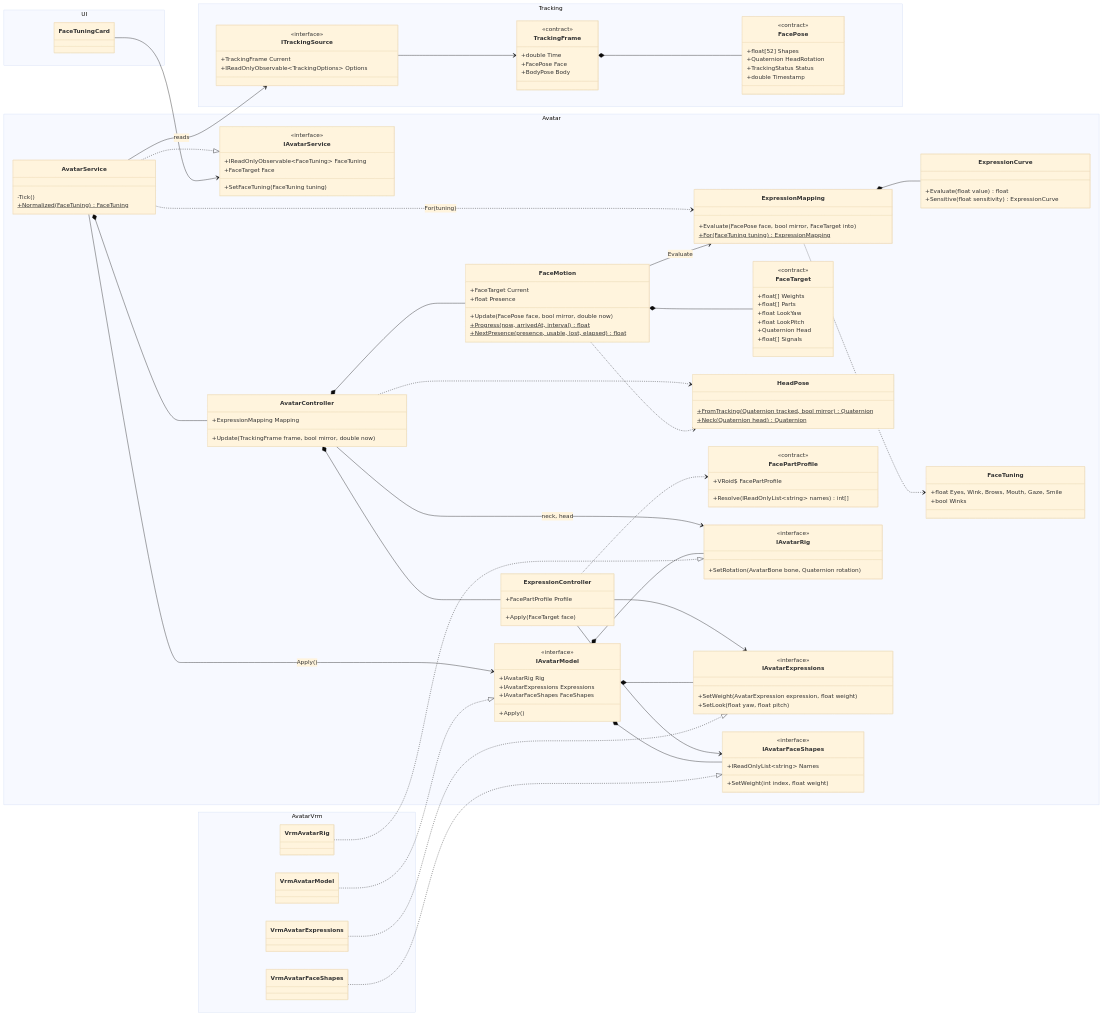
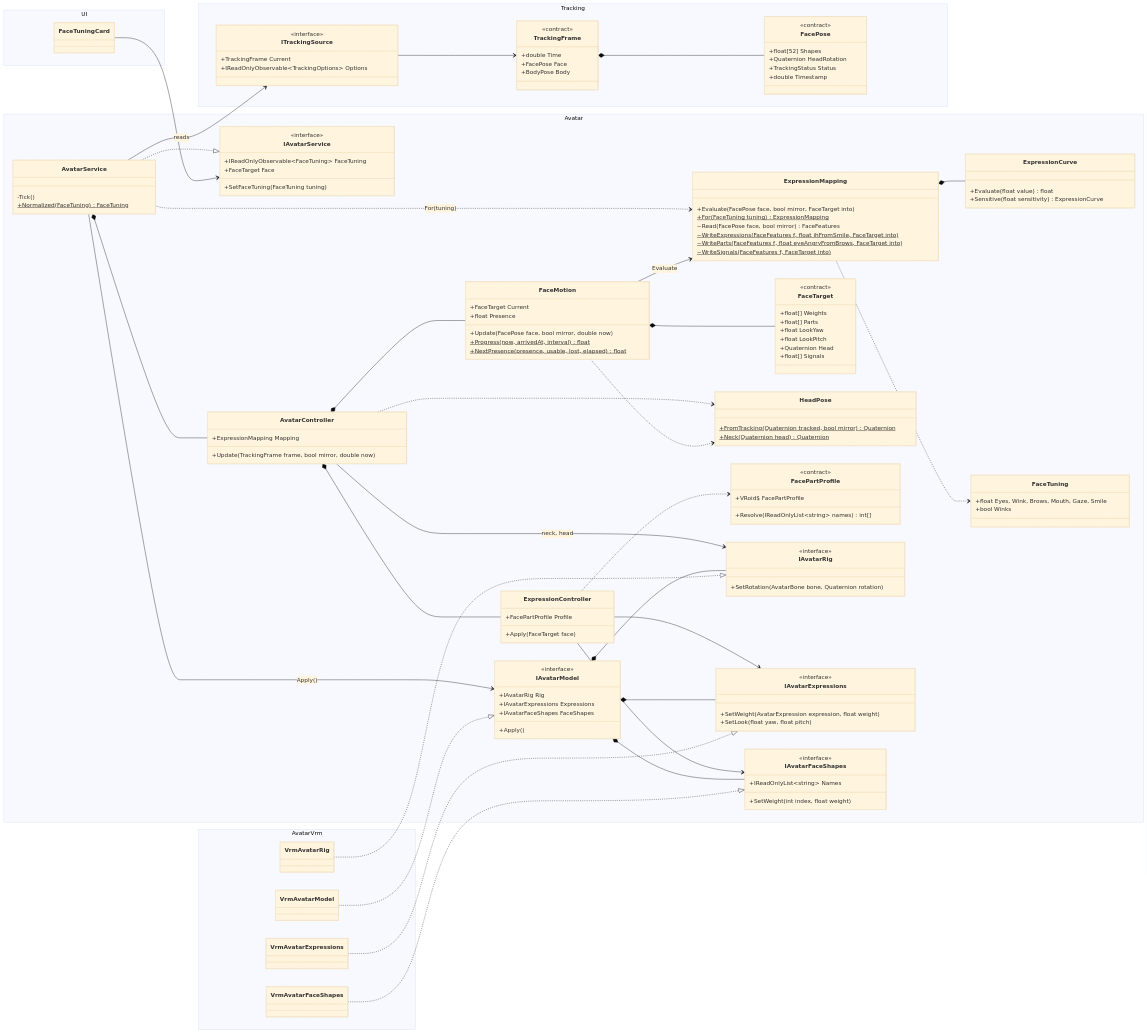
One commit to Yupopyoi/virtual-vessel-studio changed the second of 2 diagrams in docs/en/detailed-design/avatar.md. Above: the diagram before and after it, drawn with Mermaid (base theme). The commit also changed other lines of this file and 3 other files, not shown here.

```diff
--- a/docs/en/detailed-design/avatar.md
+++ b/docs/en/detailed-design/avatar.md
@@ -171,6 +172,10 @@
         class ExpressionMapping {
             +Evaluate(FacePose face, bool mirror, FaceTarget into)
             +For(FaceTuning tuning)$ ExpressionMapping
+            ~Read(FacePose face, bool mirror) FaceFeatures
+            ~WriteExpressions(FaceFeatures f, float ihFromSmile, FaceTarget into)$
+            ~WriteParts(FaceFeatures f, float eyeAngryFromBrows, FaceTarget into)$
+            ~WriteSignals(FaceFeatures f, FaceTarget into)$
         }
         class ExpressionCurve {
             +Evaluate(float value) float
```
